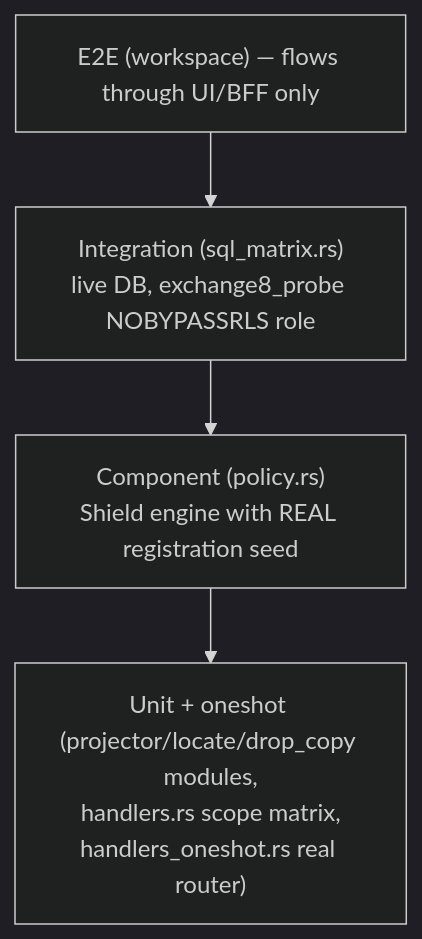
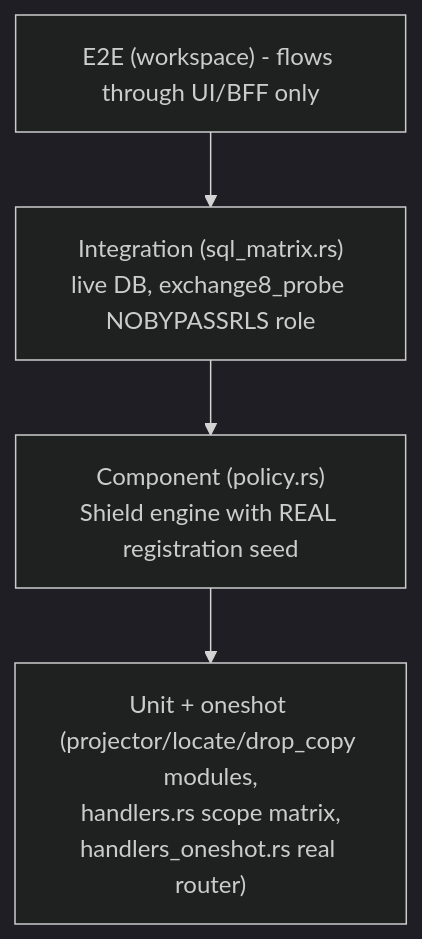
Before and after one commit to Exchange8-dev/exchange8-clearing: diagram 17 of 17 in DESIGN.md, drawn with Mermaid (dark theme). The commit also changed other lines of this file and 19 other files, not shown here.

````diff
--- a/DESIGN.md
+++ b/DESIGN.md
@@ -791,6 +791,6 @@
 ```mermaid
 graph TD
-    E2E["E2E (workspace) — flows through UI/BFF only"] --> INT["Integration (sql_matrix.rs)<br/>live DB, exchange8_probe NOBYPASSRLS role"]
+    E2E["E2E (workspace) - flows through UI/BFF only"] --> INT["Integration (sql_matrix.rs)<br/>live DB, exchange8_probe NOBYPASSRLS role"]
     INT --> COMP["Component (policy.rs)<br/>Shield engine with REAL registration seed"]
     COMP --> UNIT["Unit + oneshot (projector/locate/drop_copy modules,<br/>handlers.rs scope matrix,<br/>handlers_oneshot.rs real router)"]
 ```
````
